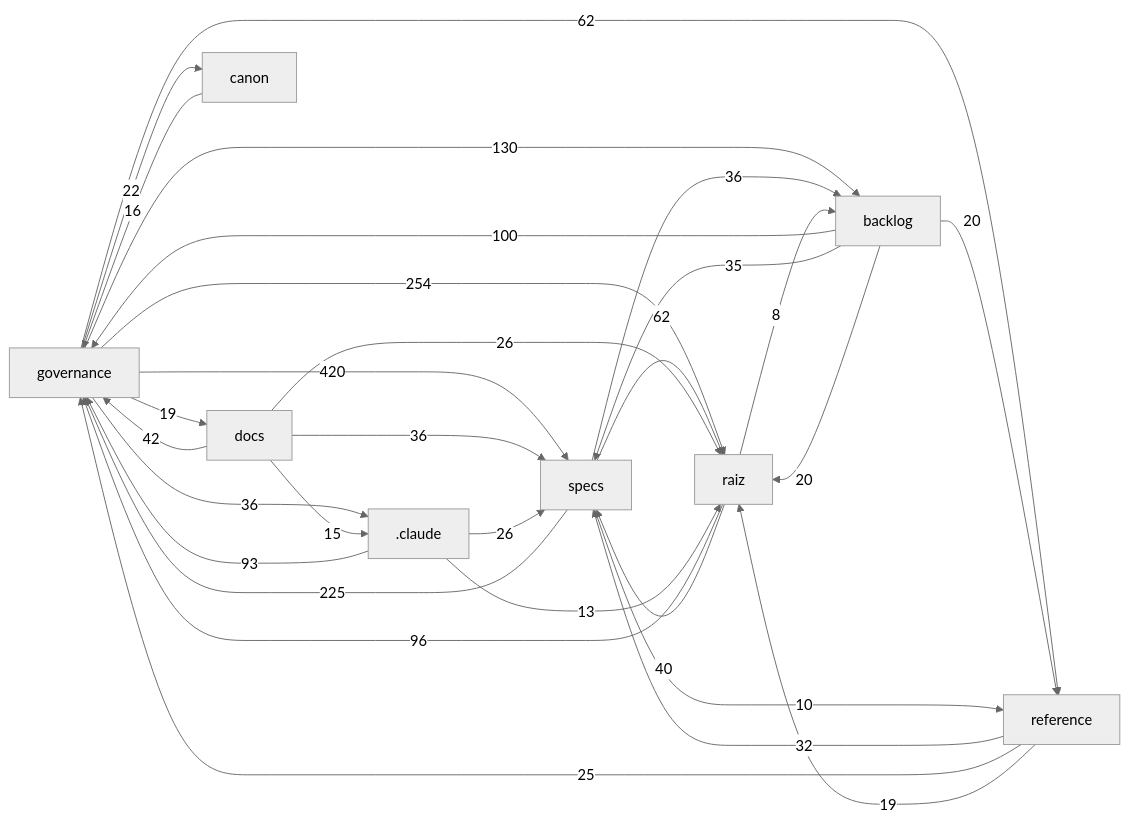
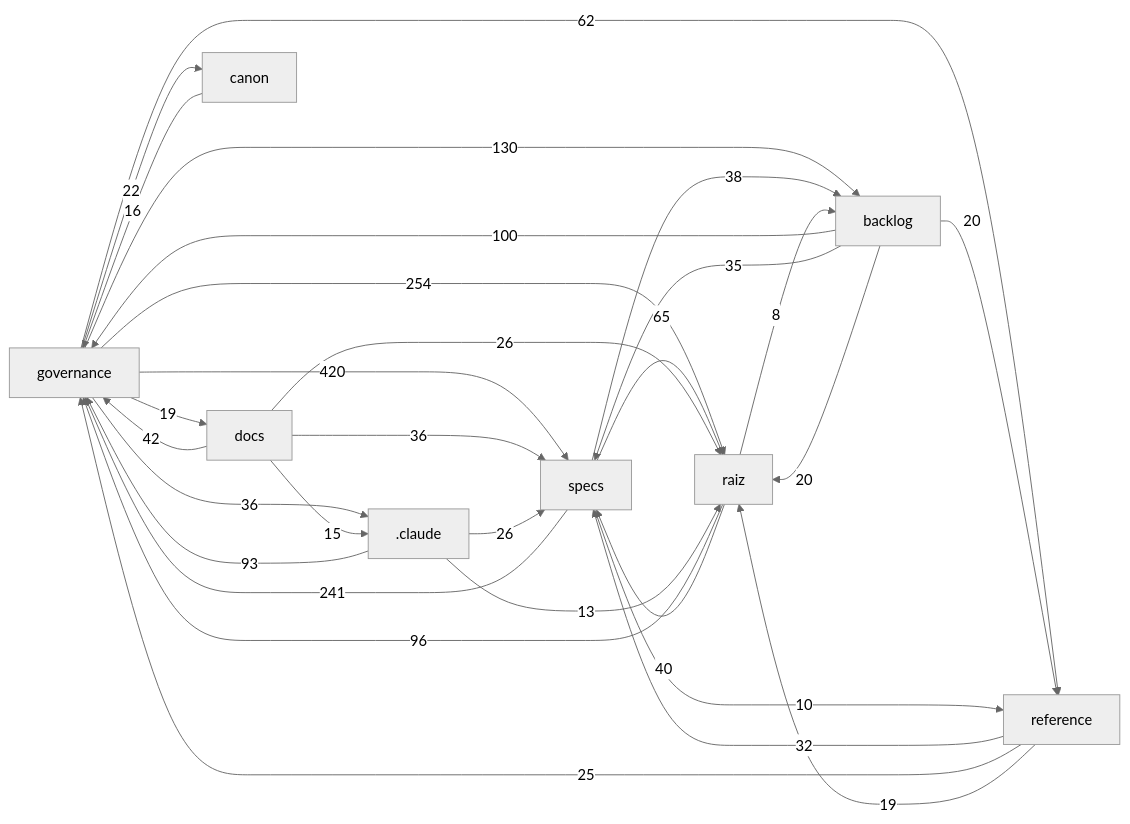
The diagram in docs/mapa/MAPA-PROJETO.md (Andraus35/Sistema-Operacional-de-Trading--SOT), drawn with Mermaid (neutral theme) before and after one commit. The commit also changed other lines of this file and 12 other files, not shown here.

````diff
--- a/docs/mapa/MAPA-PROJETO.md
+++ b/docs/mapa/MAPA-PROJETO.md
@@ -29,32 +29,32 @@
 ```mermaid
 flowchart LR
   governance["governance"] -->|420| specs["specs"]
   governance["governance"] -->|254| raiz["raiz"]
-  specs["specs"] -->|225| governance["governance"]
+  specs["specs"] -->|241| governance["governance"]
   governance["governance"] -->|130| backlog["backlog"]
   backlog["backlog"] -->|100| governance["governance"]
   raiz["raiz"] -->|96| governance["governance"]
   _claude[".claude"] -->|93| governance["governance"]
+  specs["specs"] -->|65| raiz["raiz"]
   governance["governance"] -->|62| reference["reference"]
-  specs["specs"] -->|62| raiz["raiz"]
   docs["docs"] -->|42| governance["governance"]
   raiz["raiz"] -->|40| specs["specs"]
+  specs["specs"] -->|38| backlog["backlog"]
   docs["docs"] -->|36| specs["specs"]
   governance["governance"] -->|36| _claude[".claude"]
-  specs["specs"] -->|36| backlog["backlog"]
   backlog["backlog"] -->|35| specs["specs"]
   reference["reference"] -->|32| specs["specs"]
   _claude[".claude"] -->|26| specs["specs"]
   docs["docs"] -->|26| raiz["raiz"]
   reference["reference"] -->|25| governance["governance"]
   governance["governance"] -->|22| canon["canon"]
   backlog["backlog"] -->|20| raiz["raiz"]
   backlog["backlog"] -->|20| reference["reference"]
   governance["governance"] -->|19| docs["docs"]
   reference["reference"] -->|19| raiz["raiz"]
   canon["canon"] -->|16| governance["governance"]
   docs["docs"] -->|15| _claude[".claude"]
   _claude[".claude"] -->|13| raiz["raiz"]
   specs["specs"] -->|10| reference["reference"]
   raiz["raiz"] -->|8| backlog["backlog"]
 ```
````
